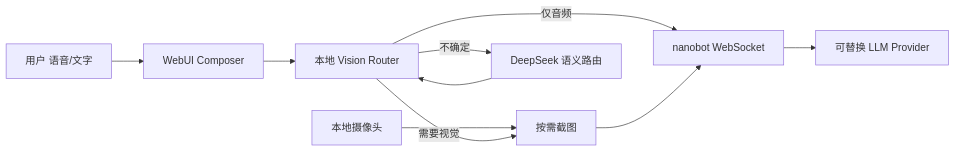
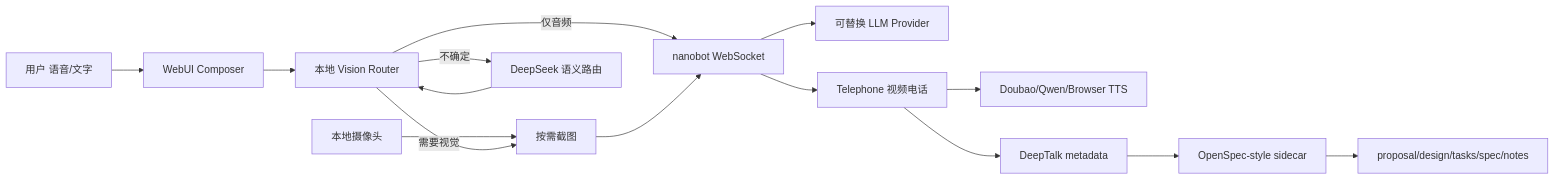
One commit to wuduher/seeyouclaw changed the diagram in README.md. Above: the diagram before and after it, drawn with Mermaid. The commit also changed other lines of this file and 1 other file, not shown here.

````diff
--- a/README.md
+++ b/README.md
@@ -46,12 +102,17 @@
 ```mermaid
 flowchart LR
   U["用户 语音/文字"] --> C["WebUI Composer"]
   Cam["本地摄像头"] --> Snap["按需截图"]
   C --> R["本地 Vision Router"]
   R -->|"不确定"| LR["DeepSeek 语义路由"]
   LR --> R
   R -->|"仅音频"| WS["nanobot WebSocket"]
   R -->|"需要视觉"| Snap
   Snap --> WS
   WS --> LLM["可替换 LLM Provider"]
+  WS --> Tel["Telephone 视频电话"]
+  Tel --> TTS["Doubao/Qwen/Browser TTS"]
+  Tel --> DT["DeepTalk metadata"]
+  DT --> Project["OpenSpec-style sidecar"]
+  Project --> Files["proposal/design/tasks/spec/notes"]
 ```
````
